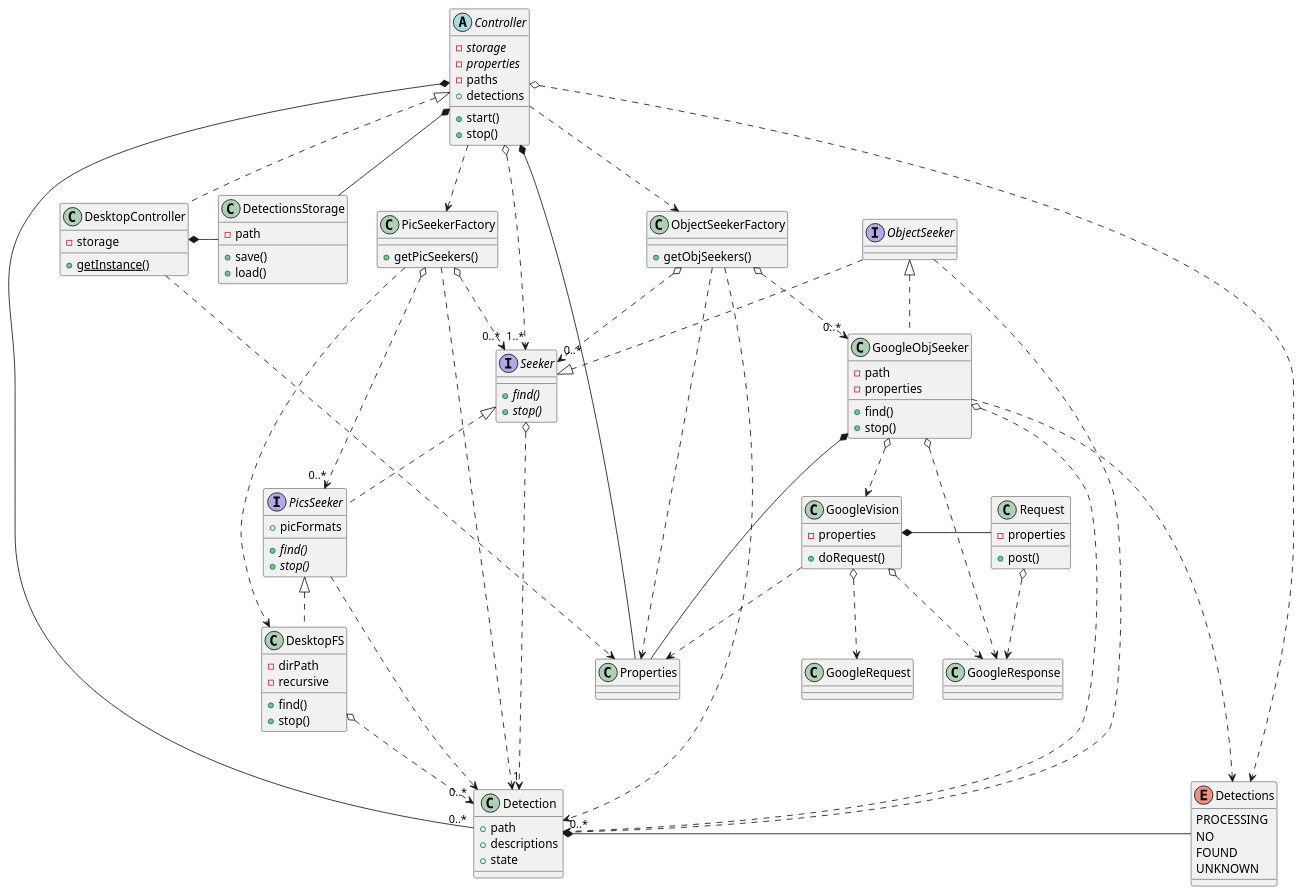
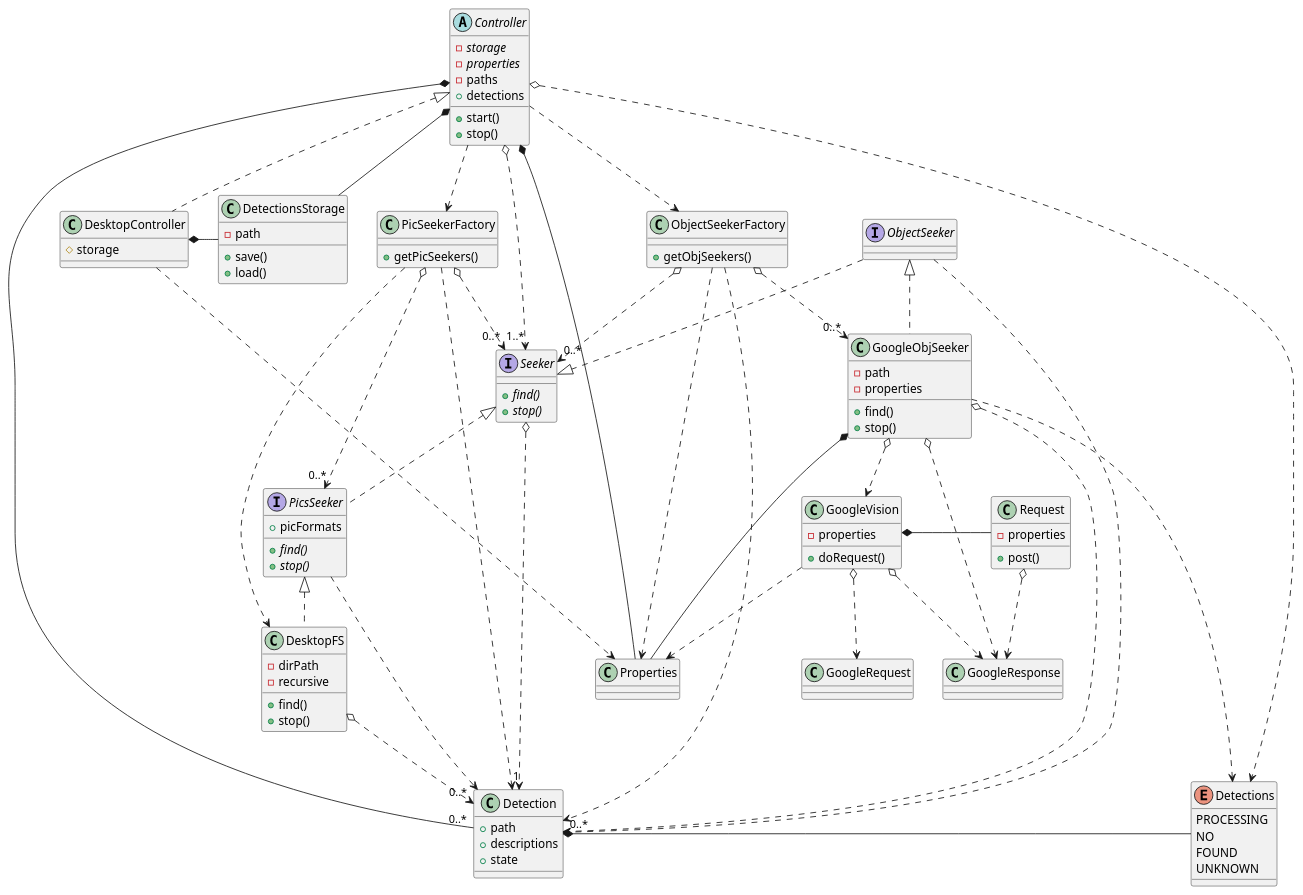
Before and after one commit to saratoga8/sights_detect: the diagram in core/docs/core_classes.puml, drawn with PlantUML. The commit also changed 1 other file, not shown here.

Commit message:
updated class diagram

```diff
--- a/core/docs/core_classes.puml
+++ b/core/docs/core_classes.puml
@@ -1,124 +1,123 @@
 @startuml
 
 abstract class Controller {
   {abstract}-storage
   {abstract}-properties
   -paths
   +detections
   +start()
   +stop()
 }
 
 class DesktopController {
-  -storage
-  {static} +getInstance()
+  #storage
 }
 
 class DetectionsStorage {
    -path
    +save()
    +load()
 }
 
 class ObjectSeekerFactory {
    +getObjSeekers()
 }
 
 class PicSeekerFactory {
    +getPicSeekers()
 }
 
 class Detection {
   +path
   +descriptions
   +state
 }
 
 class Request {
   -properties
   +post()
 }
 
 class GoogleResponse {
 }
 
 Controller *- Properties
 Controller *- DetectionsStorage
 Controller *- "0..*" Detection
 Controller o..> Detections
 Controller o..> "1..*" Seeker
 Controller ..> ObjectSeekerFactory
 Controller ..> PicSeekerFactory
 DesktopController ..> Properties
 DesktopController *- DetectionsStorage
 Request o..> GoogleResponse
 Detection *- Detections
 Seeker o..> "1" Detection
 PicsSeeker ..> Detection
 PicSeekerFactory ..> DesktopFS
 PicSeekerFactory o..> "0..*" Seeker
 PicSeekerFactory ..> Detection
 PicSeekerFactory o..> "0..*" PicsSeeker
 DesktopFS o..> "0..*" Detection
 ObjectSeekerFactory ..> Properties
 ObjectSeekerFactory ..> Detection
 ObjectSeekerFactory o..> "0..*" Seeker
 ObjectSeekerFactory o..> "0..*" GoogleObjSeeker
 ObjectSeeker ..> Detection
 GoogleVision ..> Properties
 GoogleVision *- Request
 GoogleVision o..> GoogleRequest
 GoogleVision o..> GoogleResponse
 GoogleObjSeeker o..> "0..*" Detection
 GoogleObjSeeker *- Properties
 GoogleObjSeeker o..> GoogleVision
 GoogleObjSeeker o..> GoogleResponse
 GoogleObjSeeker ..> Detections
 
 interface ObjectSeeker { }
 
 enum Detections {
    PROCESSING
    NO
    FOUND
    UNKNOWN
 }
 
 interface Seeker {
   {abstract} +find()
   {abstract} +stop()
 }
 
 interface PicsSeeker {
   +picFormats
   {abstract} +find()
   {abstract} +stop()
 }
 
 
 Controller <|.. DesktopController
 PicsSeeker <|.. DesktopFS
 Seeker <|.. PicsSeeker
 ObjectSeeker ..|> Seeker
 ObjectSeeker <|.. GoogleObjSeeker
 
 class DesktopFS {
    -dirPath
    -recursive
    +find()
    +stop()
 }
 
 class GoogleObjSeeker {
    -path
    -properties
    +find()
    +stop()
 }
 
 class GoogleVision {
    -properties
    +doRequest()
 }
 
 @enduml
```
